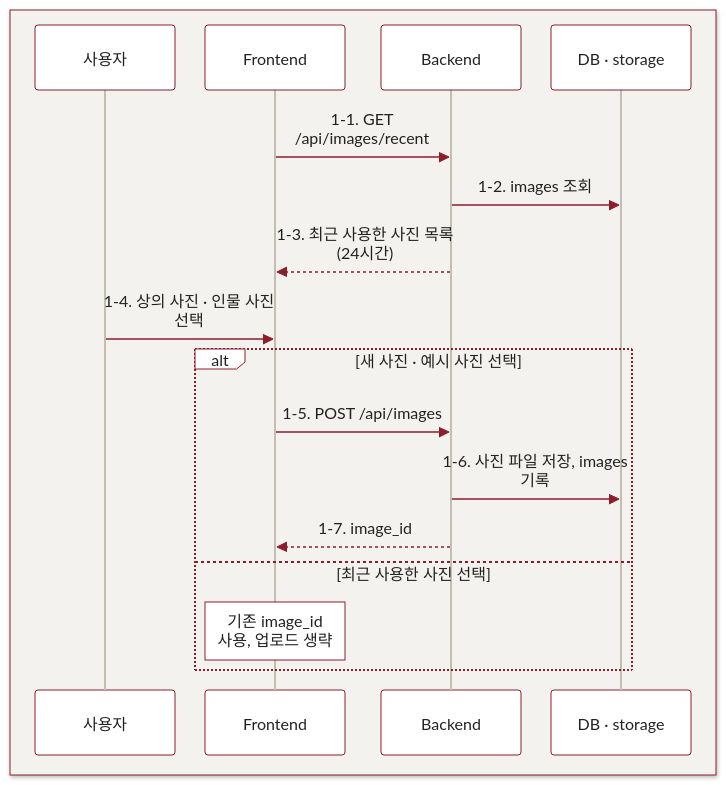
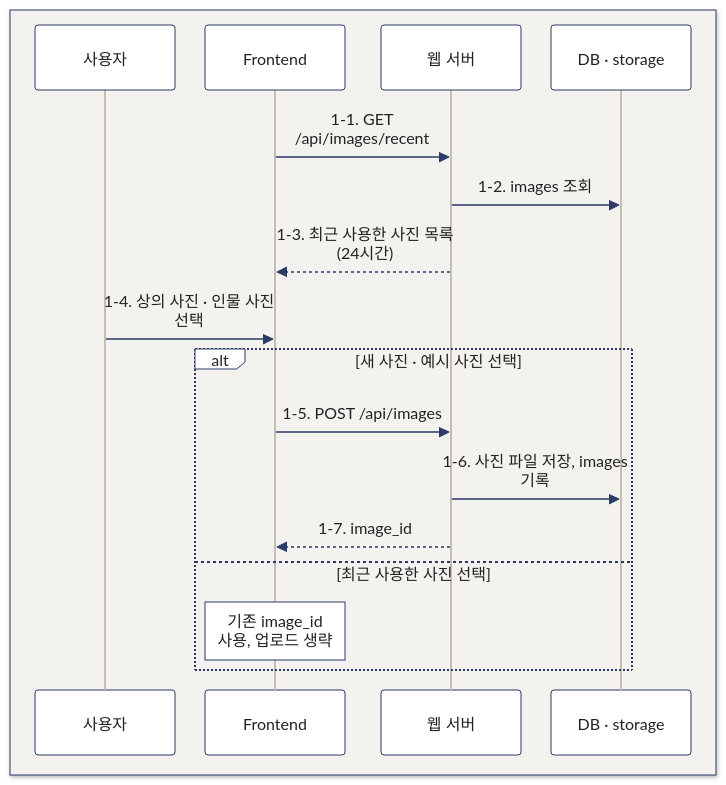
One commit to Jenny5789/CGI_MOA changed the second of 6 diagrams in README.md. Above: the diagram before and after it, drawn with Mermaid. The commit also changed other lines of this file and 17 other files, not shown here.

````diff
--- a/README.md
+++ b/README.md
@@ -239,21 +186,21 @@
 ```mermaid
-%%{init: {'theme':'base','themeVariables':{'fontSize':'18px','primaryColor':'#ffffff','primaryBorderColor':'#8c1d2b','primaryTextColor':'#222222','textColor':'#222222','lineColor':'#8c1d2b','mainBkg':'#ffffff','nodeBorder':'#8c1d2b','secondaryColor':'#f4f2ee','tertiaryColor':'#f4f2ee','edgeLabelBackground':'#f4f2ee','actorBkg':'#ffffff','actorBorder':'#8c1d2b','actorTextColor':'#222222','actorLineColor':'#c4bdb1','signalColor':'#8c1d2b','signalTextColor':'#222222','labelBoxBkgColor':'#ffffff','labelBoxBorderColor':'#8c1d2b','labelTextColor':'#222222','loopTextColor':'#222222','noteBkgColor':'#ffffff','noteBorderColor':'#8c1d2b','noteTextColor':'#222222'},'sequence':{'actorMargin':30,'width':140,'wrap':true}}}%%
+%%{init: {'theme':'base','themeVariables':{'fontSize':'18px','primaryColor':'#ffffff','primaryBorderColor':'#2b3a67','primaryTextColor':'#222222','textColor':'#222222','lineColor':'#2b3a67','mainBkg':'#ffffff','nodeBorder':'#2b3a67','secondaryColor':'#f4f2ee','tertiaryColor':'#f4f2ee','edgeLabelBackground':'#f4f2ee','actorBkg':'#ffffff','actorBorder':'#2b3a67','actorTextColor':'#222222','actorLineColor':'#c4bdb1','signalColor':'#2b3a67','signalTextColor':'#222222','labelBoxBkgColor':'#ffffff','labelBoxBorderColor':'#2b3a67','labelTextColor':'#222222','loopTextColor':'#222222','noteBkgColor':'#ffffff','noteBorderColor':'#2b3a67','noteTextColor':'#222222'},'sequence':{'actorMargin':30,'width':140,'wrap':true}}}%%
 sequenceDiagram
     box rgb(244,242,238)
         participant U as 사용자
         participant F as Frontend
-        participant B as Backend
+        participant B as 웹 서버
         participant S as DB · storage
     end
     F->>B: 1-1. GET /api/images/recent
     B->>S: 1-2. images 조회
     B-->>F: 1-3. 최근 사용한 사진 목록 (24시간)
     U->>F: 1-4. 상의 사진 · 인물 사진 선택
     alt 새 사진 · 예시 사진 선택
         F->>B: 1-5. POST /api/images
         B->>S: 1-6. 사진 파일 저장, images 기록
         B-->>F: 1-7. image_id
     else 최근 사용한 사진 선택
         Note over F: 기존 image_id 사용, 업로드 생략
     end
 ```
````
